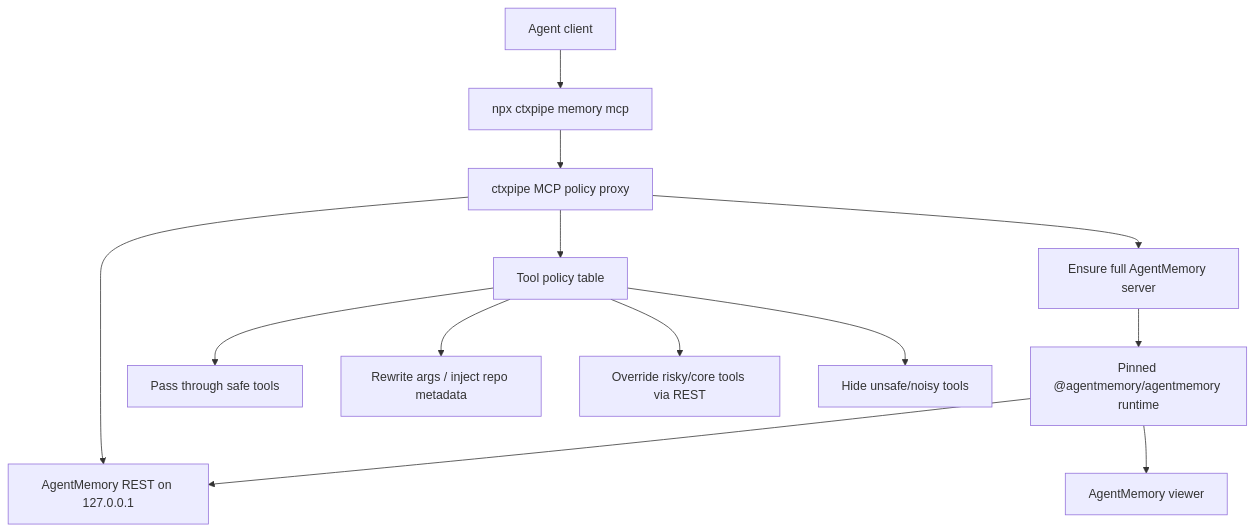
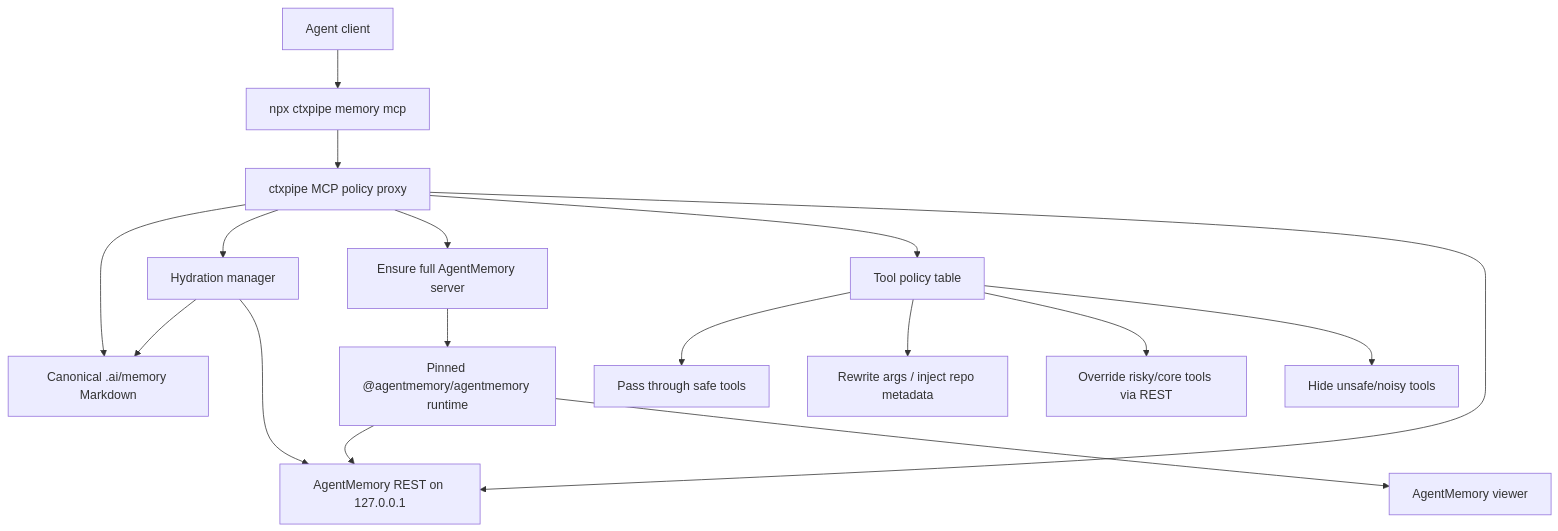
Before and after one commit to ctxpipe-ai/ctxpipe: the first of 5 diagrams in .ai/memory/decisions/ADR-021-local-agent-memory-agentmemory-hybrid-mcp-proxy.md, drawn with Mermaid. The commit also changed other lines of this file and 1 other file, not shown here.

````diff
--- a/.ai/memory/decisions/ADR-021-local-agent-memory-agentmemory-hybrid-mcp-proxy.md
+++ b/.ai/memory/decisions/ADR-021-local-agent-memory-agentmemory-hybrid-mcp-proxy.md
@@ -114,17 +179,21 @@
 ```mermaid
 flowchart TD
   Agent["Agent client"] --> MCP["npx ctxpipe memory mcp"]
   MCP --> Policy["ctxpipe MCP policy proxy"]
+  Policy --> Canon["Canonical .ai/memory Markdown"]
+  Policy --> Hydrate["Hydration manager"]
   Policy --> Health["Ensure full AgentMemory server"]
   Health --> AMProc["Pinned @agentmemory/agentmemory runtime"]
   AMProc --> REST["AgentMemory REST on 127.0.0.1"]
   AMProc --> Viewer["AgentMemory viewer"]
+  Hydrate --> Canon
+  Hydrate --> REST
 
   Policy --> ToolPolicy["Tool policy table"]
   ToolPolicy --> Pass["Pass through safe tools"]
   ToolPolicy --> Rewrite["Rewrite args / inject repo metadata"]
   ToolPolicy --> Override["Override risky/core tools via REST"]
   ToolPolicy --> Hide["Hide unsafe/noisy tools"]
 
   Policy --> REST
 ```
````
